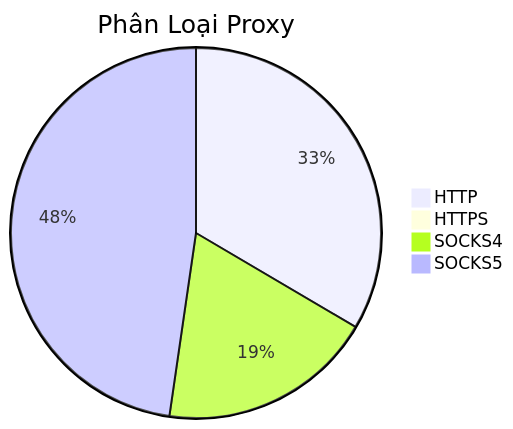
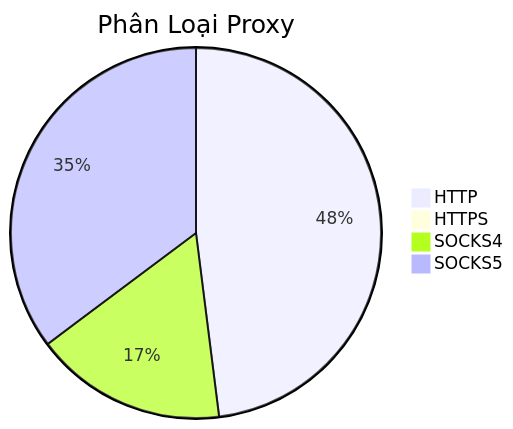
One commit to Ciara-12/PROXY-free changed the diagram in README.md. Above: the diagram before and after it, drawn with Mermaid. The commit also changed other lines of this file and 4 other files, not shown here.

````diff
--- a/README.md
+++ b/README.md
@@ -26,7 +26,7 @@
 ```mermaid
 pie title Phân Loại Proxy
-    "HTTP" : 750
-    "HTTPS" : 2
-    "SOCKS4" : 422
-    "SOCKS5" : 1069
+    "HTTP" : 1240
+    "HTTPS" : 7
+    "SOCKS4" : 433
+    "SOCKS5" : 910
 ```
````
